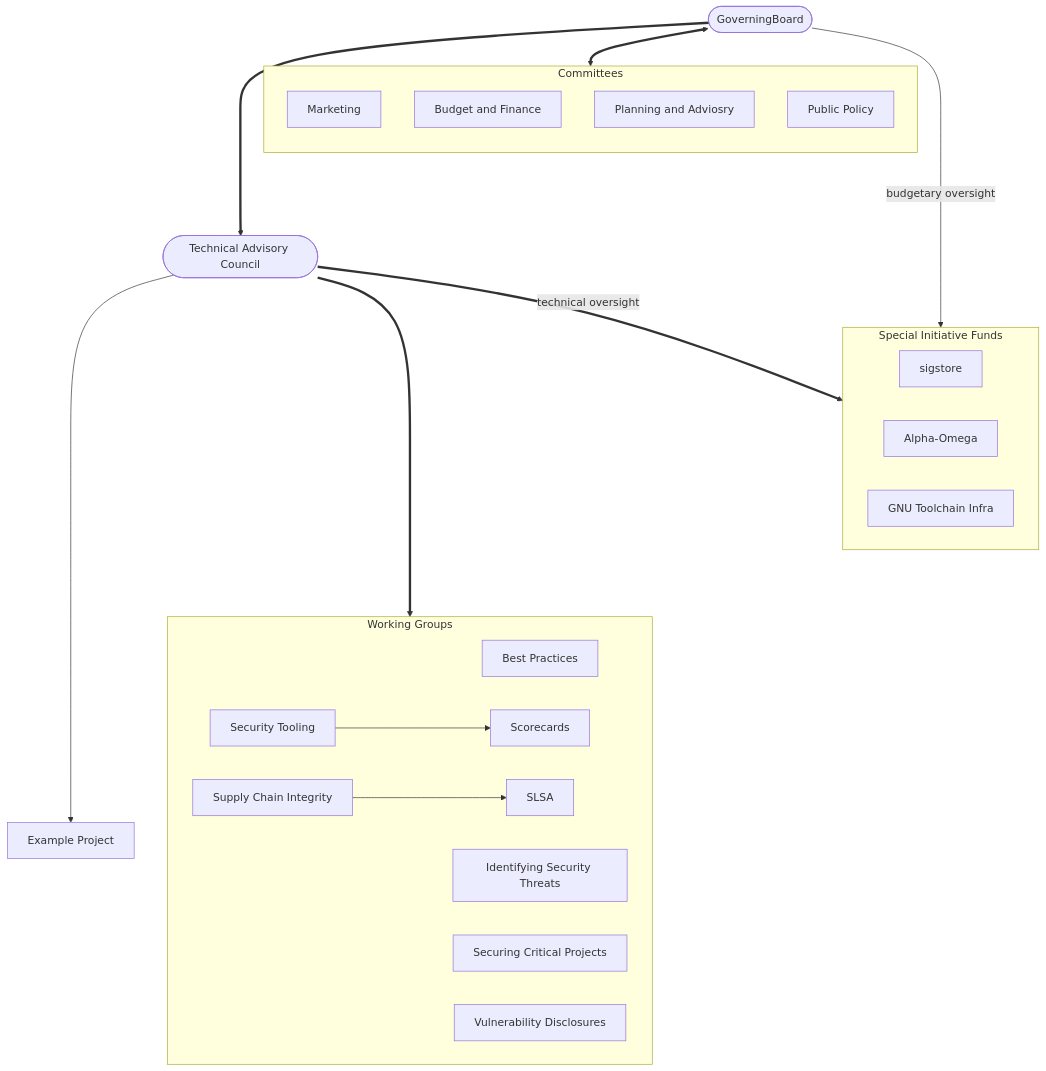
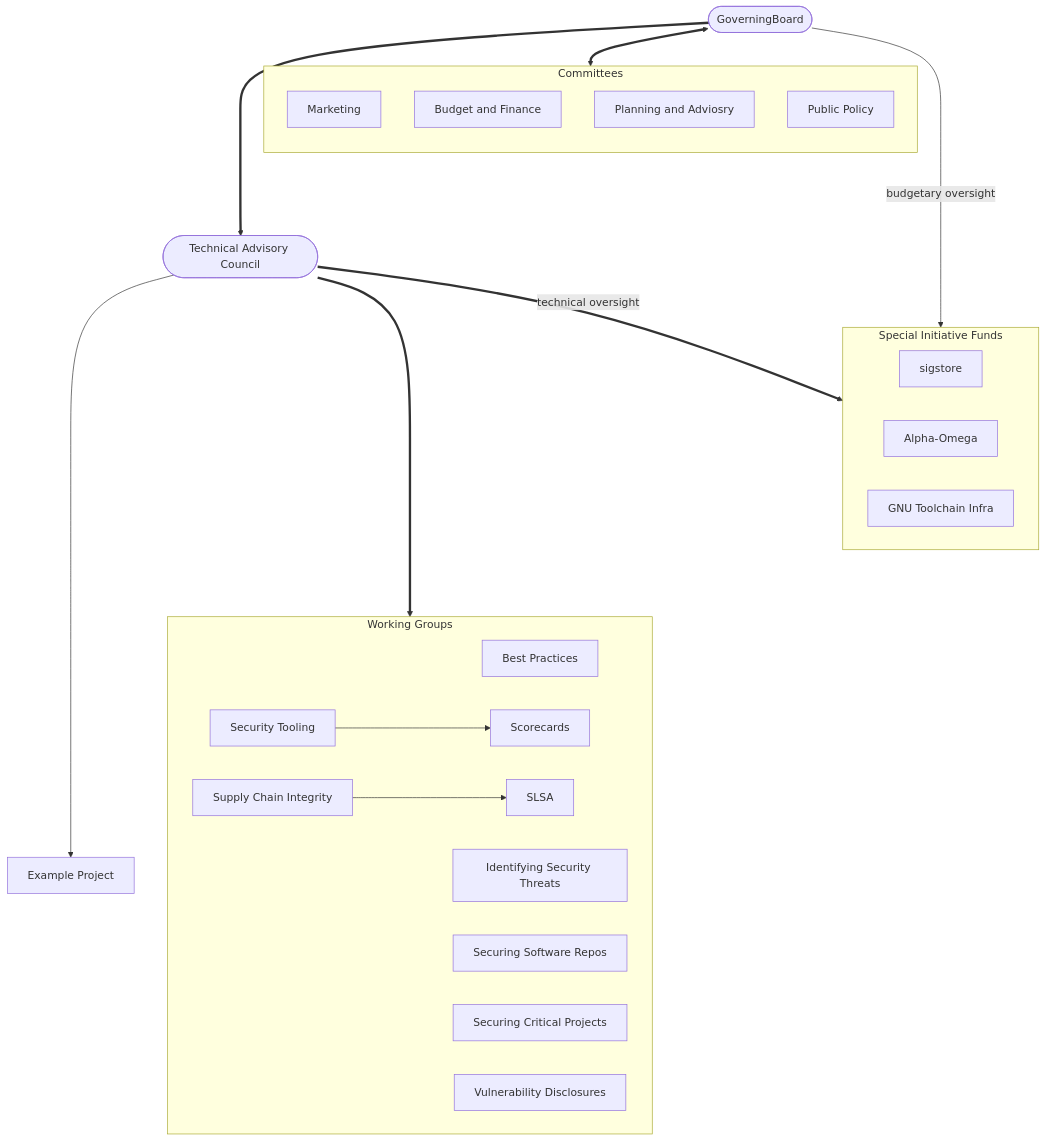
One commit to ossf/tac changed the diagram in organizational-structure-overview.md. Above: the diagram before and after it, drawn with Mermaid.

Commit message:
add "securing software repos" WG to list

````diff
--- a/organizational-structure-overview.md
+++ b/organizational-structure-overview.md
@@ -50,37 +50,38 @@
 ```mermaid
 flowchart TB
     A([GoverningBoard])
 
     subgraph subC[Committees]
         direction TB
         Market[Marketing]
         Budget[Budget and Finance]
         Plan[Planning and Adviosry]
         Policy[Public Policy]
     end
     A <==> subC
     A ====> B([Technical Advisory Council])
 
     subgraph subWG[Working Groups]
         BP[Best Practices]
         IST[Identifying Security Threats]
+        REP[Securing Software Repos]
         SCI[Supply Chain Integrity]
         SCP[Securing Critical Projects]
         ST[Security Tooling]
         VD[Vulnerability Disclosures]
 
         ST ---> P2[Scorecards]
         SCI ---> P3[SLSA]
     end
     B ====> subWG
 
     B ----> P1[Example Project]
 
     subgraph subSIF[Special Initiative Funds]
         ss[sigstore]
         ao[Alpha-Omega]
         gti[GNU Toolchain Infra]
     end
     B ==technical oversight==> subSIF
     A --budgetary oversight--> subSIF
 ```
````
